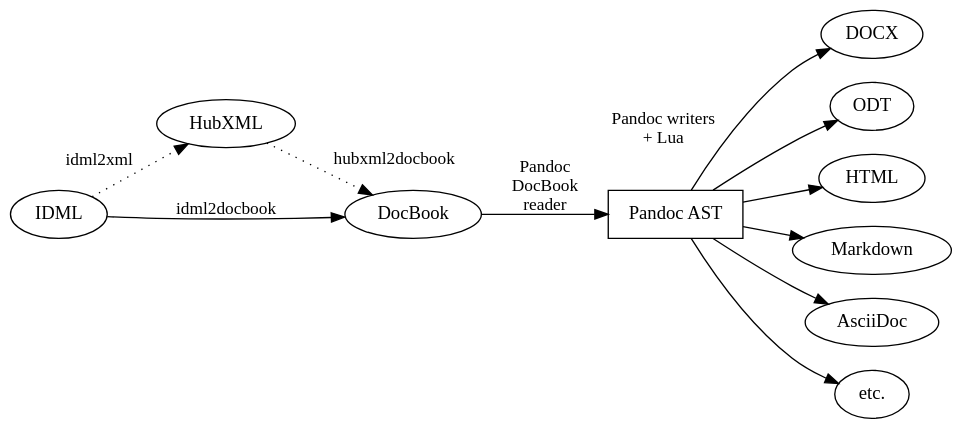
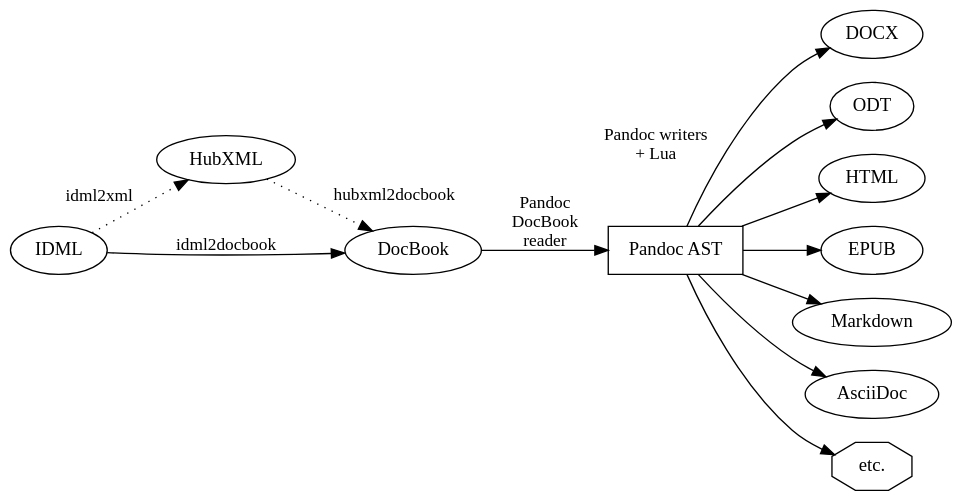
Before and after one commit to yanntrividic/idml-pandoc-reader: the diagram in docs/source/conversions.dot, drawn with Graphviz. The commit also changed 5 other files, not shown here.

Commit message:
Better graphs!

```diff
--- a/docs/source/conversions.dot
+++ b/docs/source/conversions.dot
@@ -1,15 +1,17 @@
 digraph conversions {
     bgcolor="transparent"
     rankdir="LR"
     p [shape=box label="Pandoc AST"]
     "IDML" -> "HubXML" [xlabel="\nidml2xml" style="dotted" fontsize=13];
     "HubXML" -> "DocBook" [xlabel="\nhubxml2docbook" style="dotted" fontsize=13];
     "IDML" -> "DocBook" [label="\n\nidml2docbook" labelloc="b" fontsize=13];
     "DocBook" -> p [label="Pandoc\nDocBook\nreader" fontsize=13];
     p -> "DOCX" [xlabel="Pandoc writers    \n + Lua    " fontsize=13];
     p -> "ODT";
     p -> "HTML";
+    p -> "EPUB";
     p -> "Markdown";
     p -> "AsciiDoc";
-    p -> "etc.";
+    etc [shape=octagon label="etc."]
+    p -> etc;
 }
```
